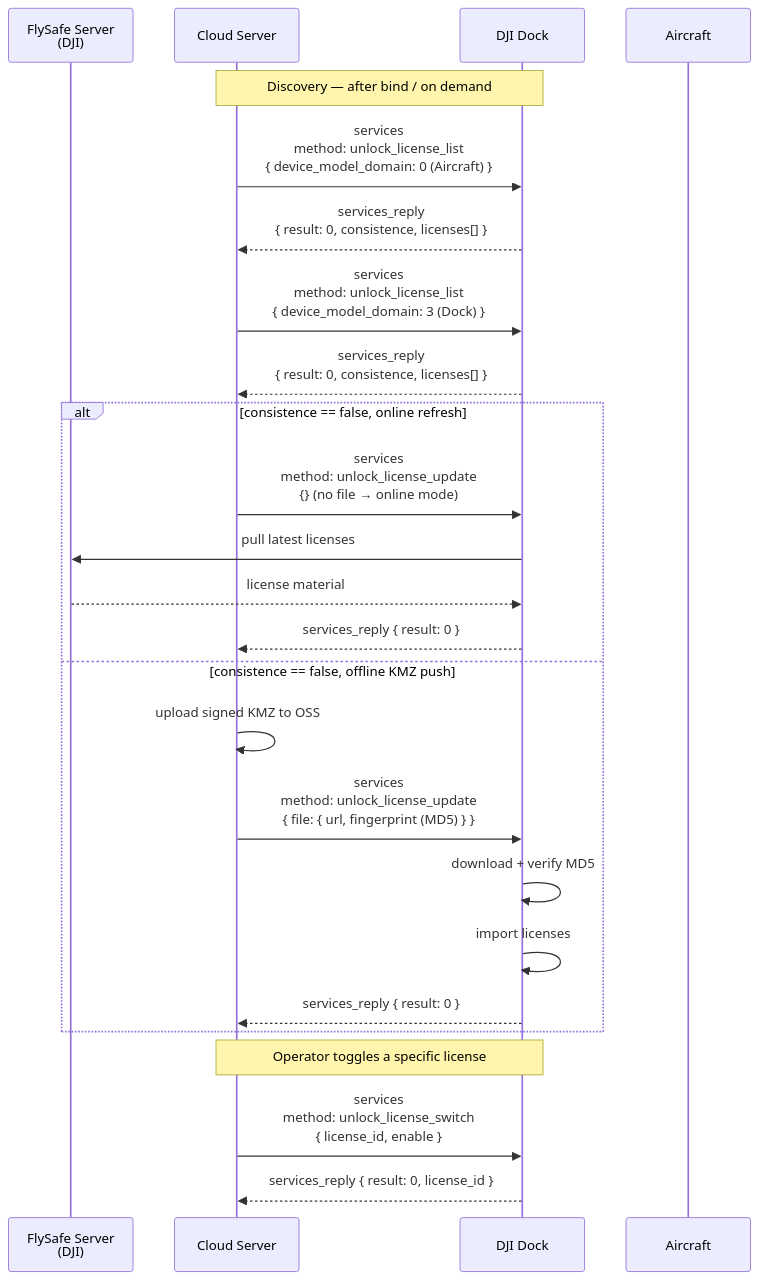
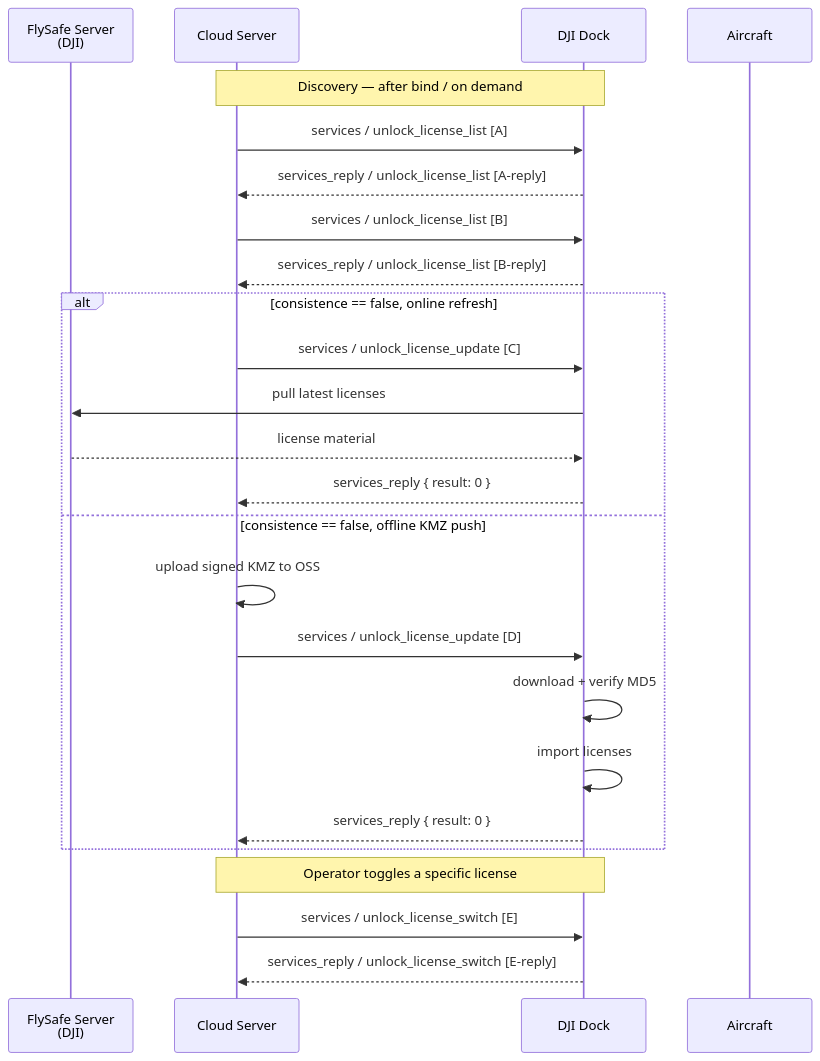
The first of 2 diagrams in master-docs/workflows/flysafe-custom-flight-area-sync.md (larry-watkins-wps/DJI-docs-master), drawn with Mermaid before and after one commit. The commit also changed other lines of this file and 10 other files, not shown here.

First line of the commit message:
docs: beautify workflow mermaid diagrams with separate JSON payload blocks

````diff
--- a/master-docs/workflows/flysafe-custom-flight-area-sync.md
+++ b/master-docs/workflows/flysafe-custom-flight-area-sync.md
@@ -40,30 +40,30 @@
 ```mermaid
 sequenceDiagram
     participant flysafe as FlySafe Server<br/>(DJI)
     participant cloud as Cloud Server
     participant dock as DJI Dock
     participant drone as Aircraft
 
     note over cloud,dock: Discovery — after bind / on demand
-    cloud ->> dock: services<br/>method: unlock_license_list<br/>{ device_model_domain: 0 (Aircraft) }
-    dock -->> cloud: services_reply<br/>{ result: 0, consistence, licenses[] }
-    cloud ->> dock: services<br/>method: unlock_license_list<br/>{ device_model_domain: 3 (Dock) }
-    dock -->> cloud: services_reply<br/>{ result: 0, consistence, licenses[] }
+    cloud ->> dock: services / unlock_license_list   [A]
+    dock -->> cloud: services_reply / unlock_license_list   [A-reply]
+    cloud ->> dock: services / unlock_license_list   [B]
+    dock -->> cloud: services_reply / unlock_license_list   [B-reply]
 
     alt consistence == false, online refresh
-        cloud ->> dock: services<br/>method: unlock_license_update<br/>{} (no file → online mode)
+        cloud ->> dock: services / unlock_license_update   [C]
         dock ->> flysafe: pull latest licenses
         flysafe -->> dock: license material
         dock -->> cloud: services_reply { result: 0 }
     else consistence == false, offline KMZ push
         cloud ->> cloud: upload signed KMZ to OSS
-        cloud ->> dock: services<br/>method: unlock_license_update<br/>{ file: { url, fingerprint (MD5) } }
+        cloud ->> dock: services / unlock_license_update   [D]
         dock ->> dock: download + verify MD5
         dock ->> dock: import licenses
         dock -->> cloud: services_reply { result: 0 }
     end
 
     note over cloud,dock: Operator toggles a specific license
-    cloud ->> dock: services<br/>method: unlock_license_switch<br/>{ license_id, enable }
-    dock -->> cloud: services_reply { result: 0, license_id }
+    cloud ->> dock: services / unlock_license_switch   [E]
+    dock -->> cloud: services_reply / unlock_license_switch   [E-reply]
 ```
````
